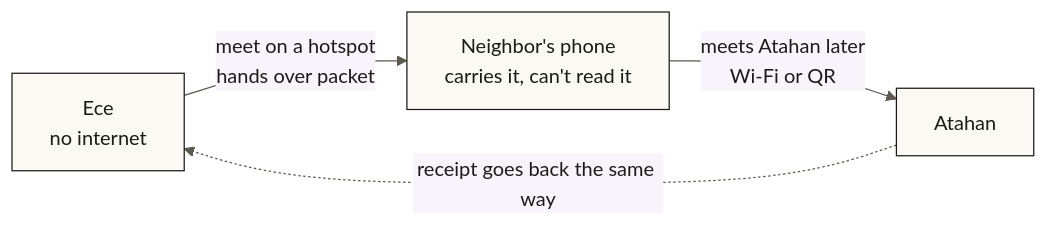
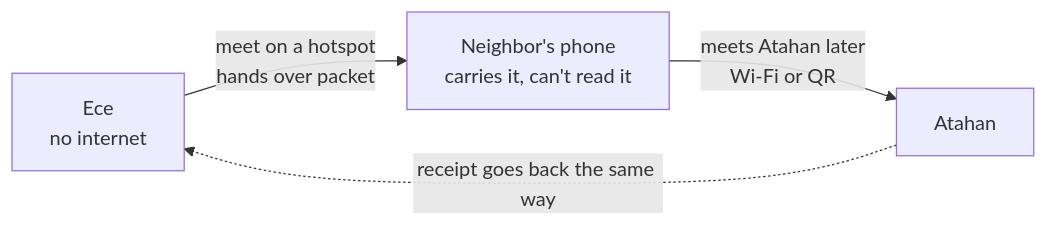
One commit to erdinckaya97/ulak changed the third of 3 diagrams in README.md. Above: the diagram before and after it, drawn with Mermaid. The commit also changed other lines of this file, not shown here.

Commit message:
Let GitHub theme the README diagrams for light and dark mode

````diff
--- a/README.md
+++ b/README.md
@@ -142,7 +140,6 @@
 ```mermaid
-%%{init: {'theme':'base','themeVariables':{'primaryColor':'#fbf9f4','primaryTextColor':'#1c1b17','primaryBorderColor':'#1c1b17','lineColor':'#5d594f'}}}%%
 flowchart LR
   E["Ece<br/>no internet"] -- "meet on a hotspot<br/>hands over packet" --> C["Neighbor's phone<br/>carries it, can't read it"]
   C -- "meets Atahan later<br/>Wi-Fi or QR" --> A["Atahan"]
   A -. "receipt goes back the same way" .-> E
 ```
````
